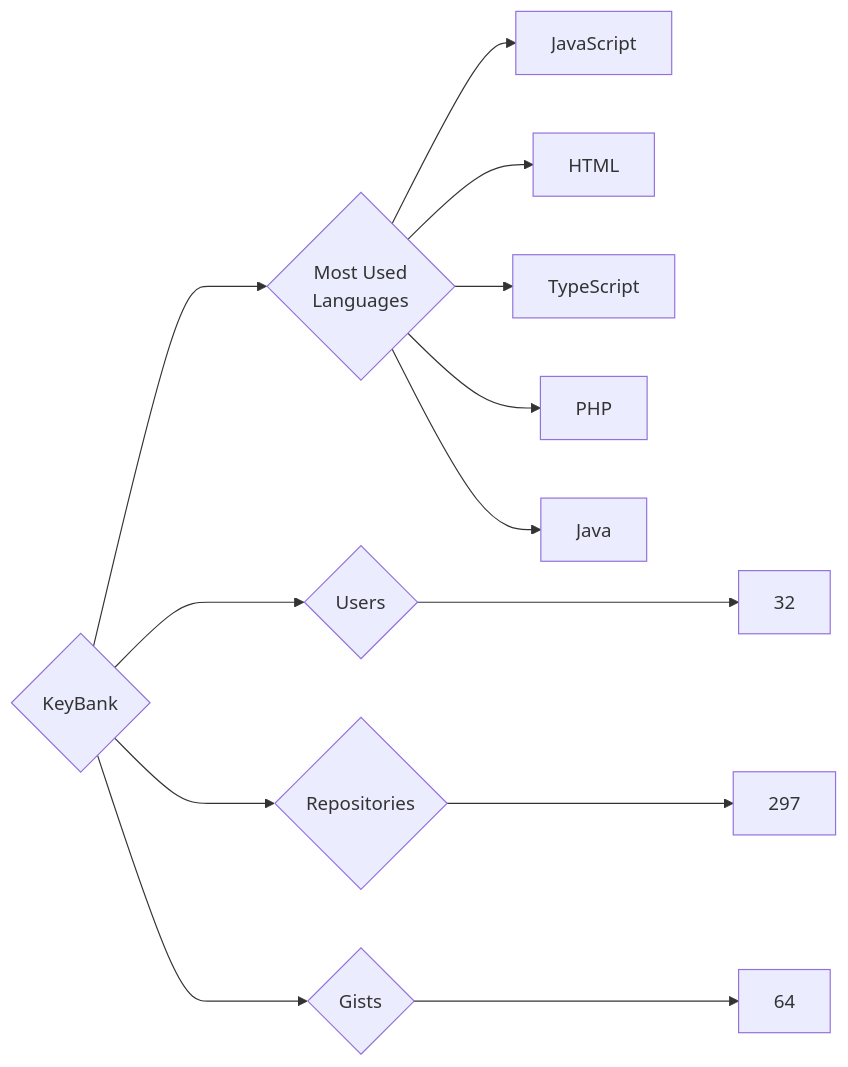
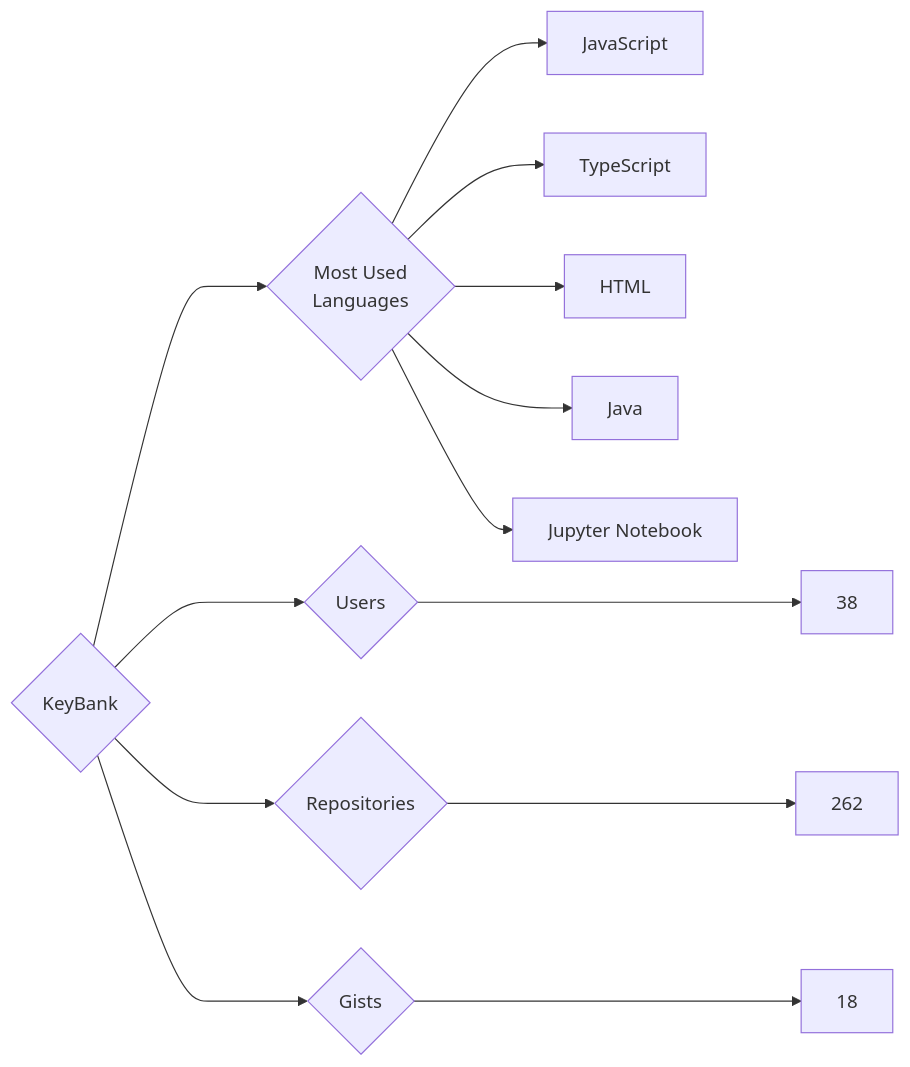
The diagram in targets/KeyBank/README.md (trickest/insiders), drawn with Mermaid before and after one commit. The commit also changed 610 other files, not shown here.

````diff
--- a/targets/KeyBank/README.md
+++ b/targets/KeyBank/README.md
@@ -3,13 +3,13 @@
 ```mermaid
 graph LR
 COMPANY_NAME{KeyBank}
-COMPANY_NAME ---> U{Users} ---> UN[32]
-COMPANY_NAME ---> R{Repositories} ---> RN[297]
-COMPANY_NAME ---> G{Gists} ---> GN[64]
+COMPANY_NAME ---> U{Users} ---> UN[38]
+COMPANY_NAME ---> R{Repositories} ---> RN[262]
+COMPANY_NAME ---> G{Gists} ---> GN[18]
 COMPANY_NAME ---> ML{Most Used<br>Languages}
 ML --> JavaScript[JavaScript]
+ML --> TypeScript[TypeScript]
 ML --> HTML[HTML]
-ML --> TypeScript[TypeScript]
-ML --> PHP[PHP]
 ML --> Java[Java]
+ML --> Jupyter_Notebook[Jupyter Notebook]
 ```
````
